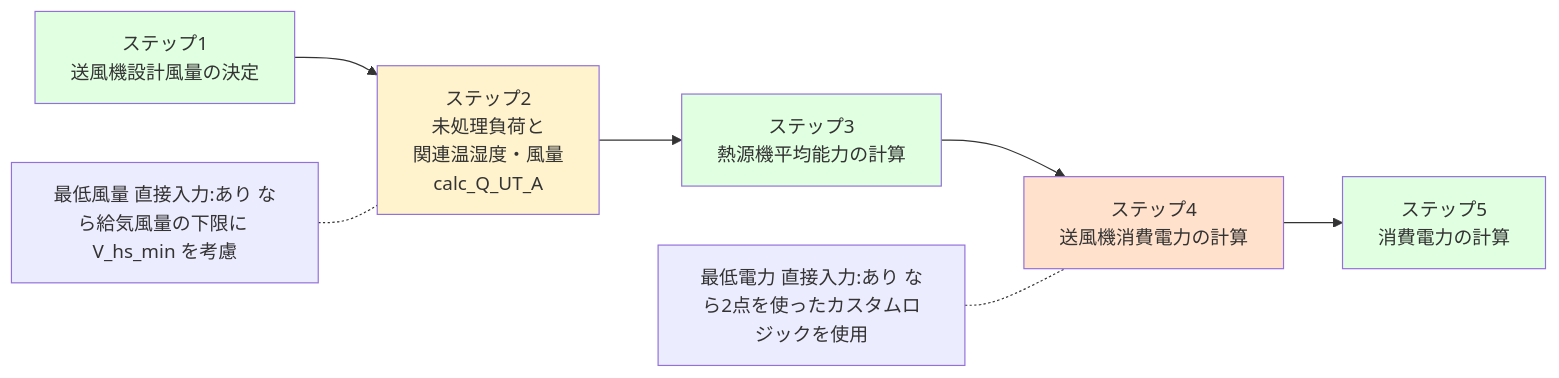
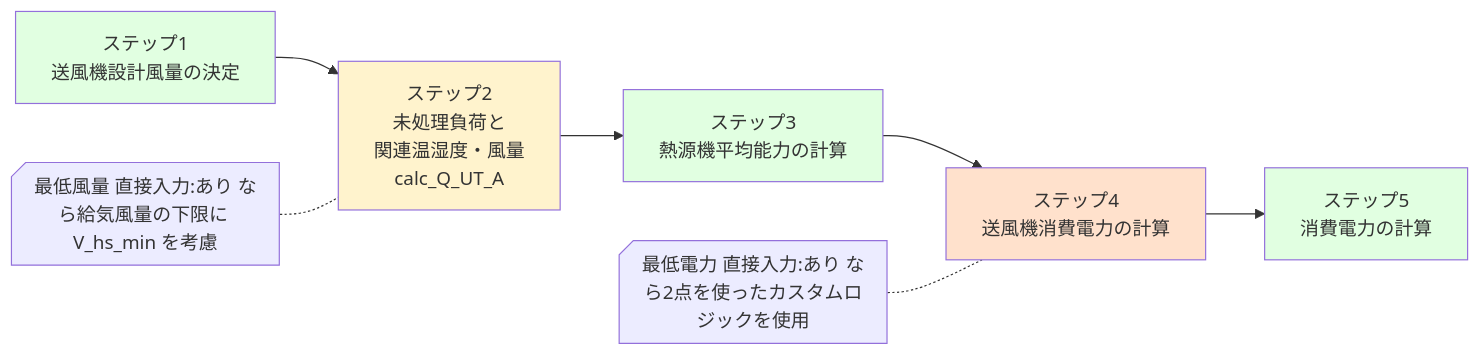
One commit to iguchi-lab/Verification-Platform-Next changed the second of 8 diagrams in docs/最低風量_最低電力_直接入力.md. Above: the diagram before and after it, drawn with Mermaid. The commit also changed other lines of this file, not shown here.

````diff
--- a/docs/最低風量_最低電力_直接入力.md
+++ b/docs/最低風量_最低電力_直接入力.md
@@ -89,23 +101,23 @@
 ```mermaid
 flowchart LR
 
 Step1[ステップ1<br/>送風機設計風量の決定]
 Step2[ステップ2<br/>未処理負荷と<br/>関連温湿度・風量<br/>calc_Q_UT_A]
 Step3[ステップ3<br/>熱源機平均能力の計算]
 Step4[ステップ4<br/>送風機消費電力の計算]
 Step5[ステップ5<br/>消費電力の計算]
 
 Step1 --> Step2 --> Step3 --> Step4 --> Step5
 
-note2["最低風量 直接入力:あり なら給気風量の下限に V_hs_min を考慮"]
-note4["最低電力 直接入力:あり なら2点を使ったカスタムロジックを使用"]
+Note2@{ shape: notch-rect, label: "最低風量 直接入力:あり なら給気風量の下限に V_hs_min を考慮" }
+Note4@{ shape: notch-rect, label: "最低電力 直接入力:あり なら2点を使ったカスタムロジックを使用" }
 
-note2 -.- Step2
-note4 -.- Step4
+Note2 -.- Step2
+Note4 -.- Step4
 
 style Step2 fill:#fff3cd
 style Step4 fill:#ffe1cc
 style Step1 fill:#e1ffe1
 style Step3 fill:#e1ffe1
 style Step5 fill:#e1ffe1
 ```
````
